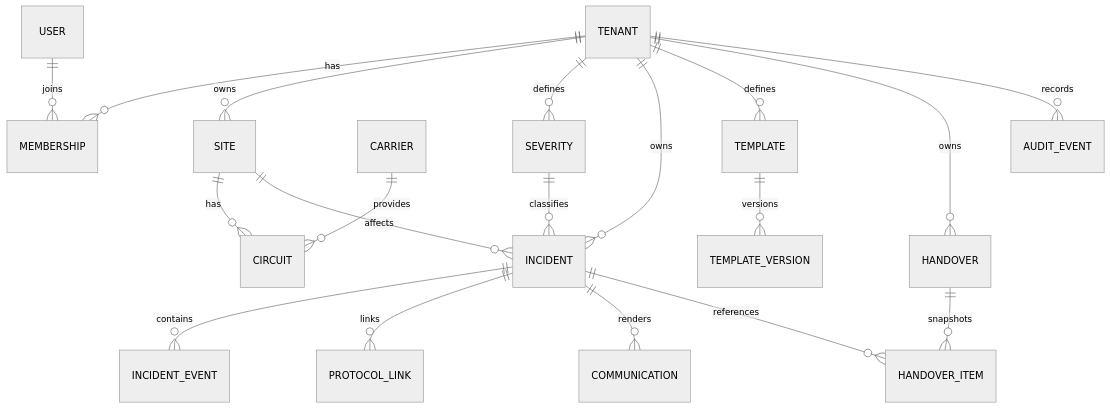
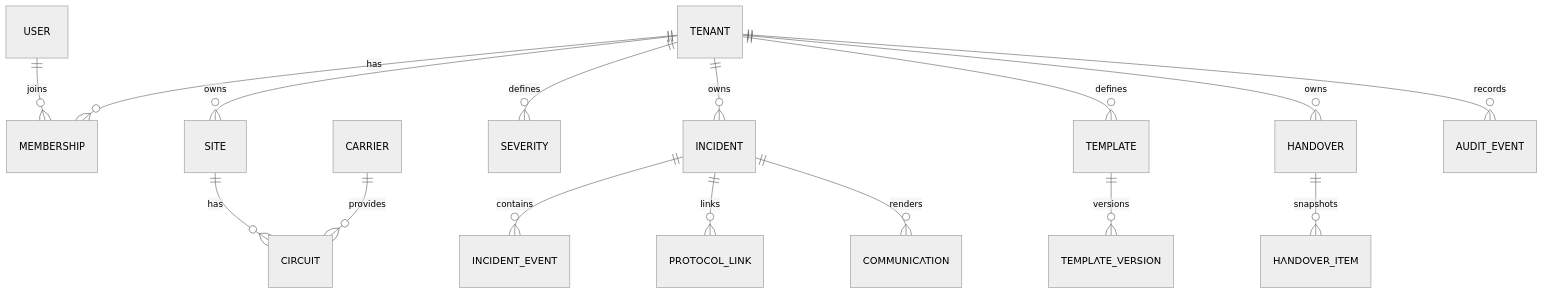
The second of 2 diagrams in docs/05-DATA-MODEL.md (MSsanto/P0-NOC-Flow-Cloud-v2-), drawn with Mermaid (neutral theme) before and after one commit. The commit also changed other lines of this file, not shown here.

Commit message:
docs: atualizar modelo de dados para incident_events da Sprint 2

````diff
--- a/docs/05-DATA-MODEL.md
+++ b/docs/05-DATA-MODEL.md
@@ -189,21 +181,18 @@
 ```mermaid
 erDiagram
     TENANT ||--o{ MEMBERSHIP : has
     USER ||--o{ MEMBERSHIP : joins
     TENANT ||--o{ SITE : owns
     SITE ||--o{ CIRCUIT : has
     CARRIER ||--o{ CIRCUIT : provides
     TENANT ||--o{ SEVERITY : defines
     TENANT ||--o{ INCIDENT : owns
-    SITE ||--o{ INCIDENT : affects
-    SEVERITY ||--o{ INCIDENT : classifies
     INCIDENT ||--o{ INCIDENT_EVENT : contains
     INCIDENT ||--o{ PROTOCOL_LINK : links
     TENANT ||--o{ TEMPLATE : defines
     TEMPLATE ||--o{ TEMPLATE_VERSION : versions
     INCIDENT ||--o{ COMMUNICATION : renders
     TENANT ||--o{ HANDOVER : owns
     HANDOVER ||--o{ HANDOVER_ITEM : snapshots
-    INCIDENT ||--o{ HANDOVER_ITEM : references
     TENANT ||--o{ AUDIT_EVENT : records
 ```
````
